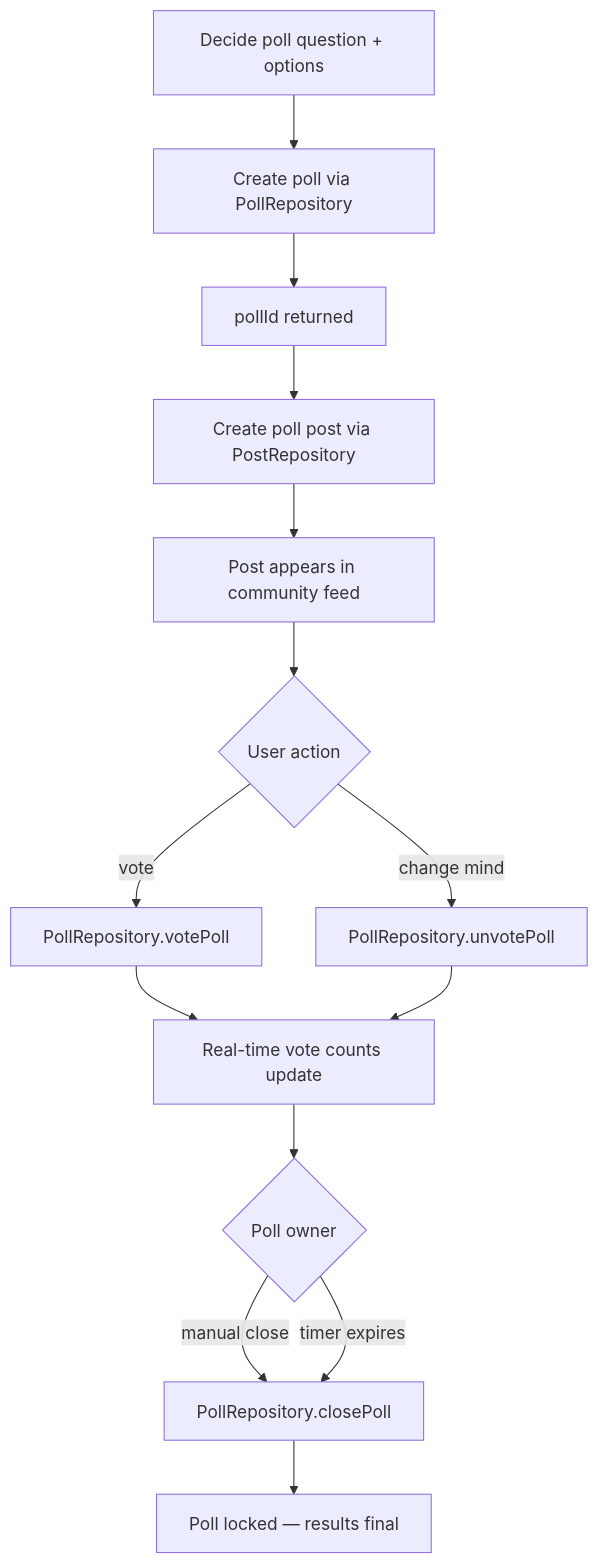
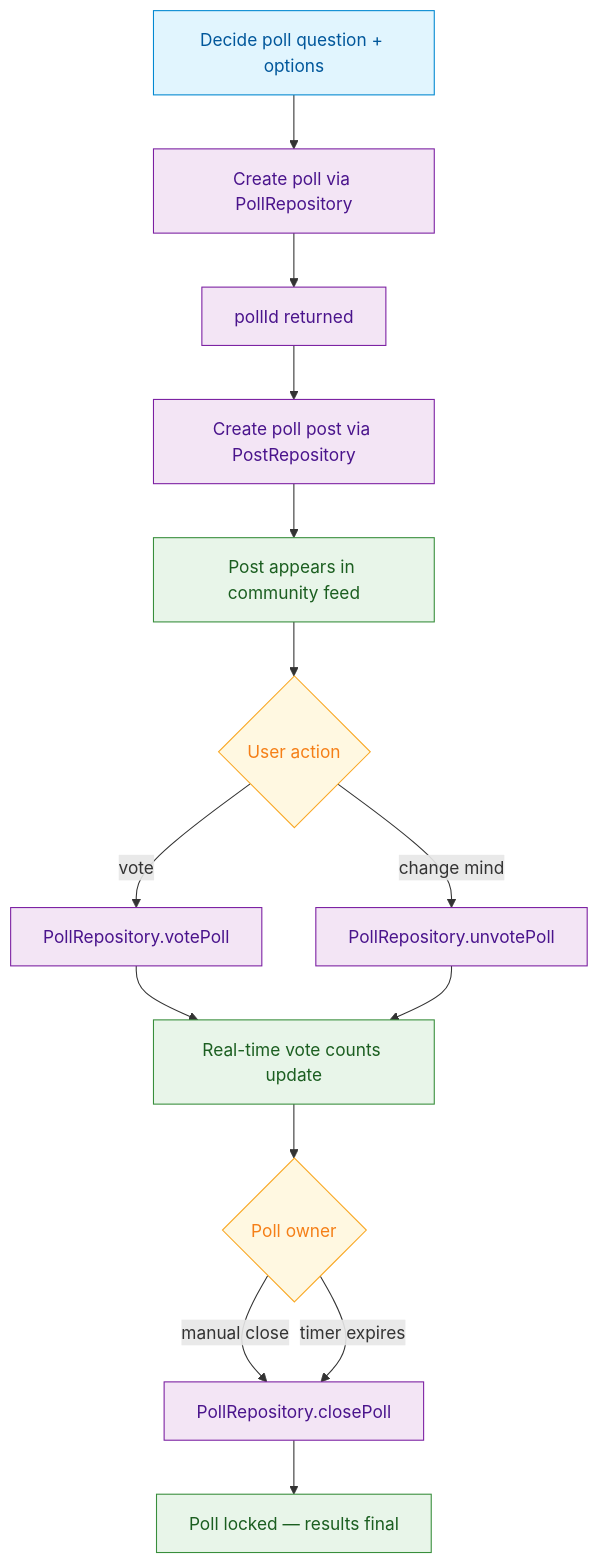
One commit to AmityCo/social-plus-docs changed the diagram in use-cases/social/polls-and-interactive-content.mdx. Above: the diagram before and after it, drawn with Mermaid. The commit also changed other lines of this file and 26 other files, not shown here.

````diff
--- a/use-cases/social/polls-and-interactive-content.mdx
+++ b/use-cases/social/polls-and-interactive-content.mdx
@@ -34,16 +32,26 @@
 ```mermaid
 graph TD
     A[Decide poll question + options] --> B[Create poll via PollRepository]
     B --> C[pollId returned]
     C --> D[Create poll post via PostRepository]
     D --> E[Post appears in community feed]
     E --> F{User action}
     F -->|vote| G[PollRepository.votePoll]
     F -->|change mind| H[PollRepository.unvotePoll]
     G --> I[Real-time vote counts update]
     H --> I
     I --> J{Poll owner}
     J -->|manual close| K[PollRepository.closePoll]
     J -->|timer expires| K
     K --> L[Poll locked — results final]
+
+    classDef action fill:#e1f5fe,stroke:#0288d1,color:#01579b
+    classDef decision fill:#fff8e1,stroke:#f9a825,color:#f57f17
+    classDef process fill:#f3e5f5,stroke:#7b1fa2,color:#4a148c
+    classDef outcome fill:#e8f5e9,stroke:#388e3c,color:#1b5e20
+
+    class A action
+    class F,J decision
+    class B,C,D,G,H,K process
+    class E,I,L outcome
 ```
````
